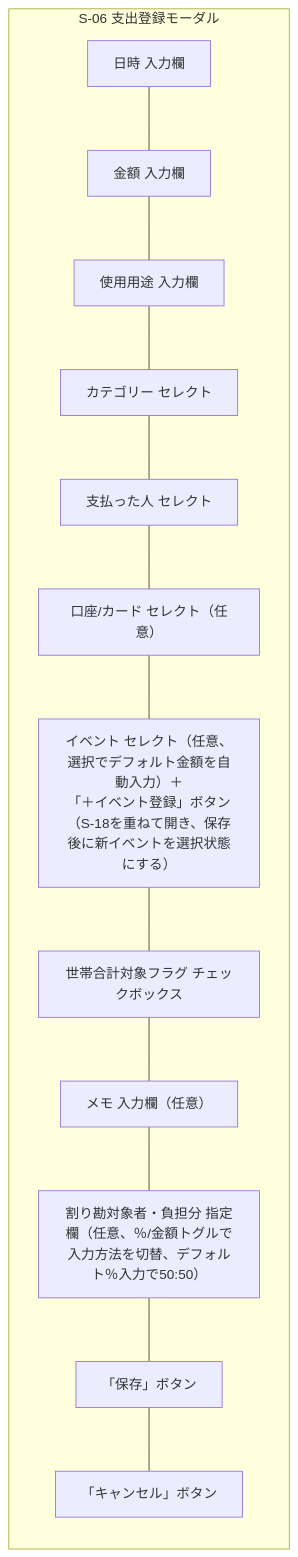
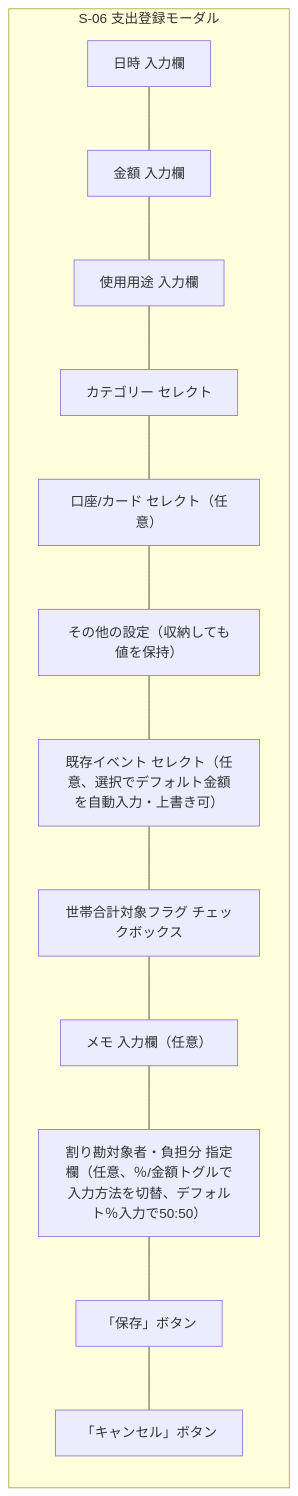
The sixth of 15 diagrams in docs/details/wireframes.md (yamamotonaoki3/HomeLog), drawn with Mermaid before and after one commit. The commit also changed other lines of this file and 10 other files, not shown here.

````diff
--- a/docs/details/wireframes.md
+++ b/docs/details/wireframes.md
@@ -344,19 +340,19 @@
 ```mermaid
 flowchart TD
     subgraph Modal["S-06 支出登録モーダル"]
         direction TB
         Date["日時 入力欄"]
         Amount["金額 入力欄"]
         Purpose["使用用途 入力欄"]
         Category["カテゴリー セレクト"]
-        Payer["支払った人 セレクト"]
         Account["口座/カード セレクト（任意）"]
-        Event["イベント セレクト（任意、選択でデフォルト金額を自動入力）＋\n「＋イベント登録」ボタン（S-18を重ねて開き、保存後に新イベントを選択状態にする）"]
+        Advanced["その他の設定（収納しても値を保持）"]
+        Event["既存イベント セレクト（任意、選択でデフォルト金額を自動入力・上書き可）"]
         HouseholdFlag["世帯合計対象フラグ チェックボックス"]
         Memo["メモ 入力欄（任意）"]
         SplitSection["割り勘対象者・負担分 指定欄（任意、％/金額トグルで入力方法を切替、デフォルト％入力で50:50）"]
         SaveBtn["「保存」ボタン"]
         CancelBtn["「キャンセル」ボタン"]
     end
-    Date --- Amount --- Purpose --- Category --- Payer --- Account --- Event --- HouseholdFlag --- Memo --- SplitSection --- SaveBtn --- CancelBtn
+    Date --- Amount --- Purpose --- Category --- Account --- Advanced --- Event --- HouseholdFlag --- Memo --- SplitSection --- SaveBtn --- CancelBtn
 ```
````
